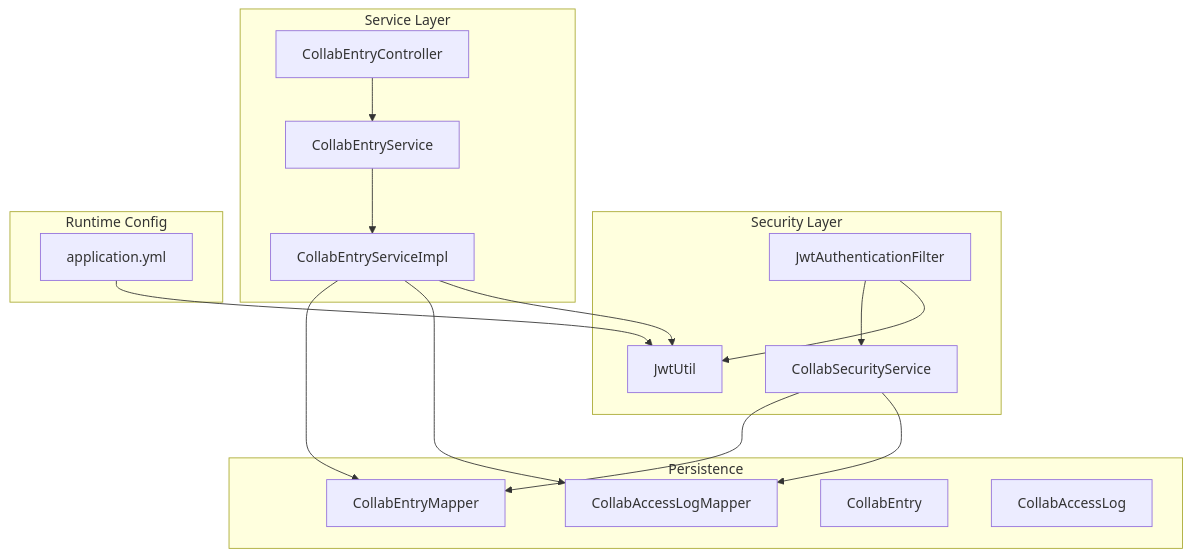
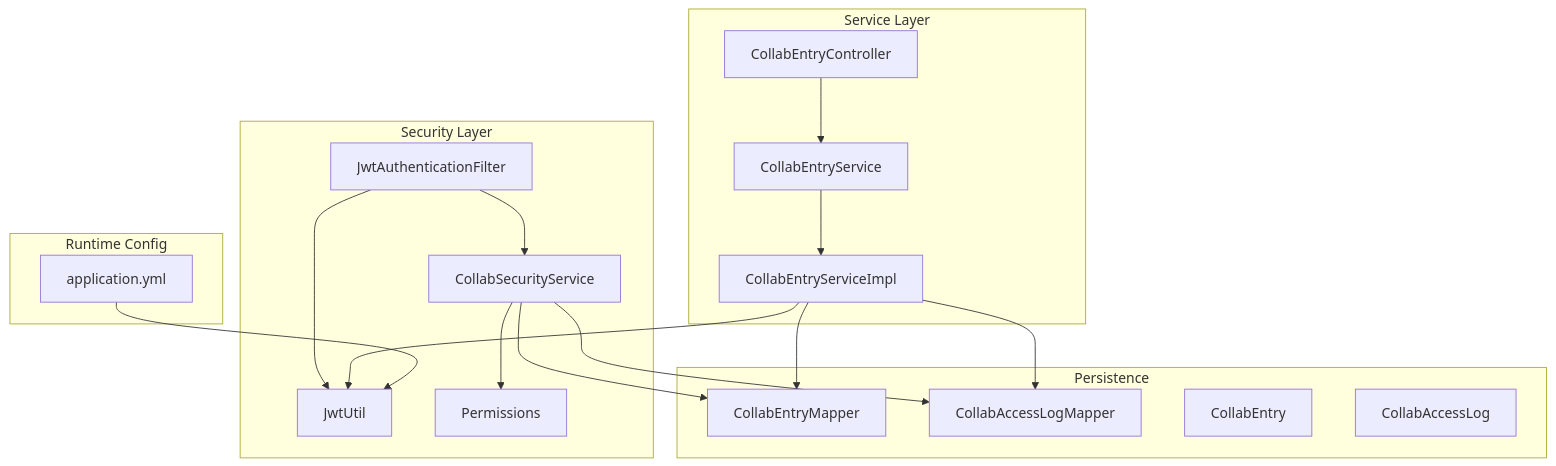
One commit to bo961386926/Survey-App changed the first of 6 diagrams in .qoder/repowiki/en/content/Authentication & Authorization/Collaboration Tokens.md. Above: the diagram before and after it, drawn with Mermaid. The commit also changed other lines of this file and 25 other files, not shown here.

````diff
--- a/.qoder/repowiki/en/content/Authentication & Authorization/Collaboration Tokens.md
+++ b/.qoder/repowiki/en/content/Authentication & Authorization/Collaboration Tokens.md
@@ -45,32 +55,34 @@
 ```mermaid
 graph TB
 subgraph "Security Layer"
 F["JwtAuthenticationFilter"]
 S["CollabSecurityService"]
 U["JwtUtil"]
+P["Permissions"]
 end
 subgraph "Service Layer"
 CEC["CollabEntryController"]
 CES["CollabEntryService"]
 CEI["CollabEntryServiceImpl"]
 end
 subgraph "Persistence"
 M1["CollabEntryMapper"]
 M2["CollabAccessLogMapper"]
 E1["CollabEntry"]
 E2["CollabAccessLog"]
 end
 subgraph "Runtime Config"
 CFG["application.yml"]
 end
 F --> S
 F --> U
+S --> P
 CEC --> CES
 CES --> CEI
 CEI --> M1
 CEI --> M2
 CEI --> U
 S --> M1
 S --> M2
 CFG --> U
 ```
````
